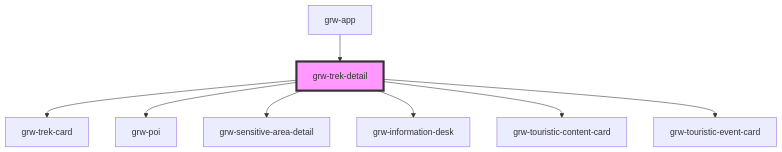
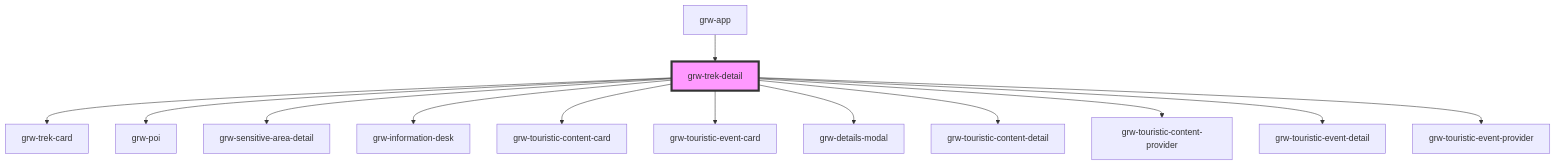
One commit to GeotrekCE/Geotrek-rando-widget changed the diagram in src/components/grw-trek-detail/readme.md. Above: the diagram before and after it, drawn with Mermaid. The commit also changed other lines of this file and 23 other files, not shown here.

Commit message:
feat: add grw details modal

````diff
--- a/src/components/grw-trek-detail/readme.md
+++ b/src/components/grw-trek-detail/readme.md
@@ -202,11 +207,16 @@
 ```mermaid
 graph TD;
   grw-trek-detail --> grw-trek-card
   grw-trek-detail --> grw-poi
   grw-trek-detail --> grw-sensitive-area-detail
   grw-trek-detail --> grw-information-desk
   grw-trek-detail --> grw-touristic-content-card
   grw-trek-detail --> grw-touristic-event-card
+  grw-trek-detail --> grw-details-modal
+  grw-trek-detail --> grw-touristic-content-detail
+  grw-trek-detail --> grw-touristic-content-provider
+  grw-trek-detail --> grw-touristic-event-detail
+  grw-trek-detail --> grw-touristic-event-provider
   grw-app --> grw-trek-detail
   style grw-trek-detail fill:#f9f,stroke:#333,stroke-width:4px
 ```
````
